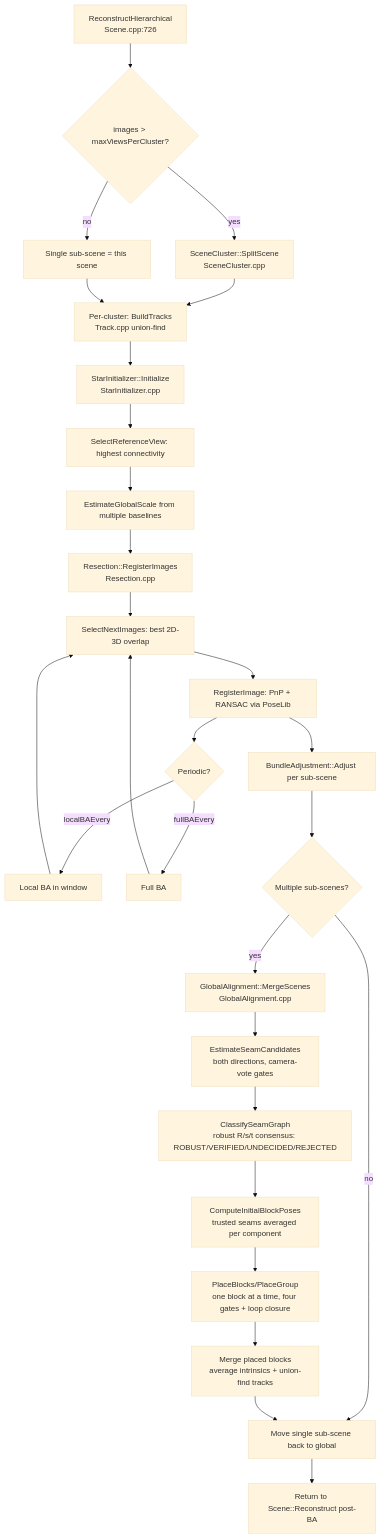
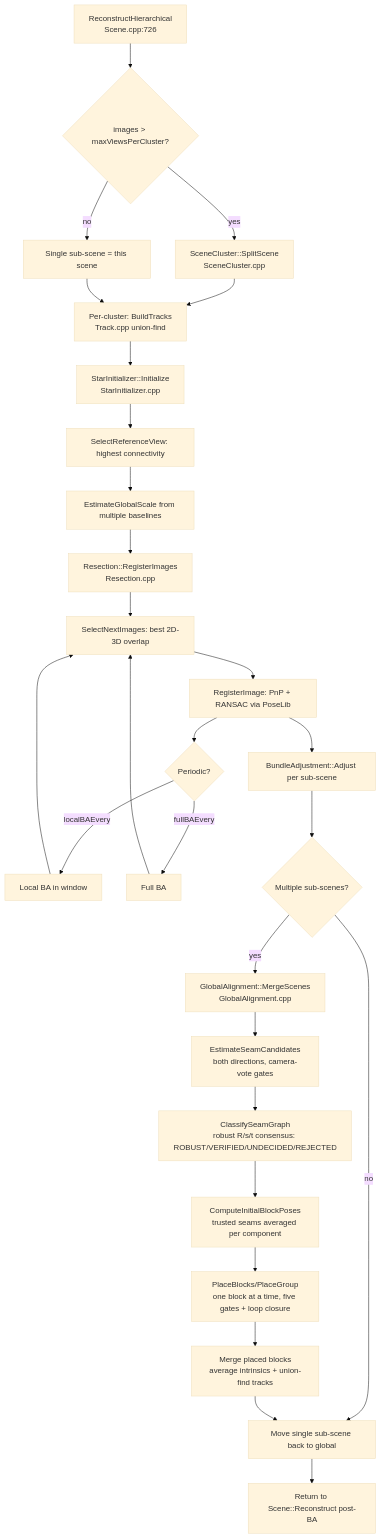
One commit to cdcseacave/openMVS changed the third of 10 diagrams in docs/pipeline-traces.md. Above: the diagram before and after it, drawn with Mermaid (base theme). The commit also changed other lines of this file and 10 other files, not shown here.

````diff
--- a/docs/pipeline-traces.md
+++ b/docs/pipeline-traces.md
@@ -196,30 +196,30 @@
 ```mermaid
 graph TD
     A[ReconstructHierarchical<br/>Scene.cpp:726] --> B{images > maxViewsPerCluster?}
     B -->|yes| C[SceneCluster::SplitScene<br/>SceneCluster.cpp]
     B -->|no| D[Single sub-scene = this scene]
     C --> E[Per-cluster: BuildTracks<br/>Track.cpp union-find]
     D --> E
     E --> F[StarInitializer::Initialize<br/>StarInitializer.cpp]
     F --> F1[SelectReferenceView: highest connectivity]
     F1 --> F2[EstimateGlobalScale from multiple baselines]
     F2 --> G[Resection::RegisterImages<br/>Resection.cpp]
     G --> G1[SelectNextImages: best 2D-3D overlap]
     G1 --> G2[RegisterImage: PnP + RANSAC via PoseLib]
     G2 --> G3{Periodic?}
     G3 -->|localBAEvery| G4[Local BA in window]
     G3 -->|fullBAEvery| G5[Full BA]
     G4 --> G1
     G5 --> G1
     G2 --> H[BundleAdjustment::Adjust per sub-scene]
     H --> I{Multiple sub-scenes?}
     I -->|no| J[Move single sub-scene back to global]
     I -->|yes| K[GlobalAlignment::MergeScenes<br/>GlobalAlignment.cpp]
     K --> K1[EstimateSeamCandidates<br/>both directions, camera-vote gates]
     K1 --> K2[ClassifySeamGraph<br/>robust R/s/t consensus: ROBUST/VERIFIED/UNDECIDED/REJECTED]
     K2 --> K3[ComputeInitialBlockPoses<br/>trusted seams averaged per component]
-    K3 --> K4[PlaceBlocks/PlaceGroup<br/>one block at a time, four gates + loop closure]
+    K3 --> K4[PlaceBlocks/PlaceGroup<br/>one block at a time, five gates + loop closure]
     K4 --> K5[Merge placed blocks<br/>average intrinsics + union-find tracks]
     K5 --> J
     J --> L[Return to Scene::Reconstruct post-BA]
 ```
````
